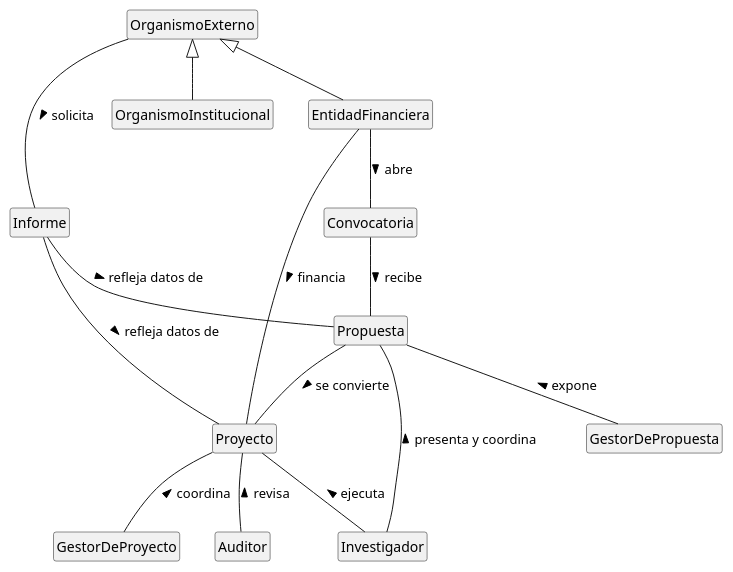
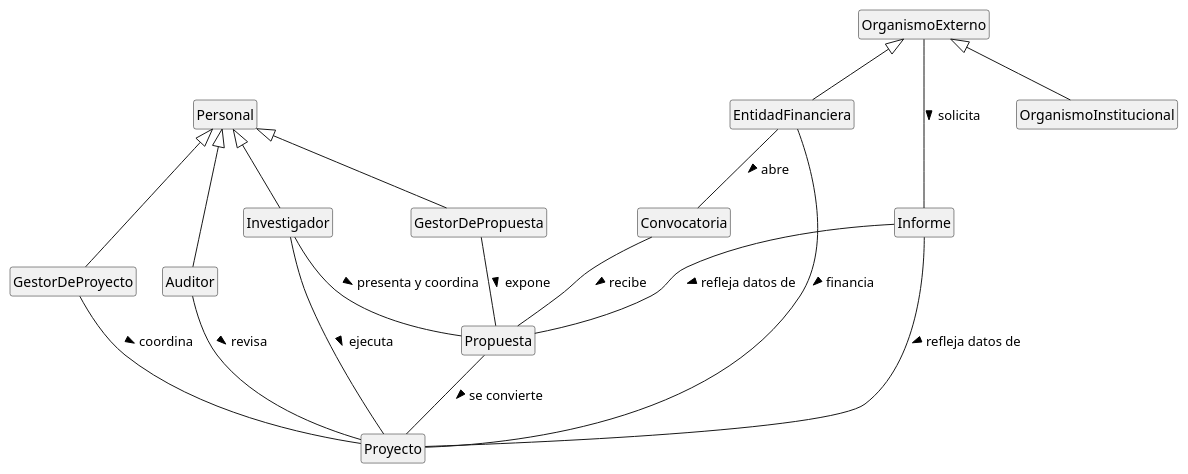
One commit to Angelo2272/26-27-IdSw1-SDR changed the diagram in modelosUML/00-modelo-del-dominio/diagrama-de-clases.puml. Above: the diagram before and after it, drawn with PlantUML. The commit also changed 3 other files, not shown here.

First line of the commit message:
Refactor class diagram and update UML models

```diff
--- a/modelosUML/00-modelo-del-dominio/diagrama-de-clases.puml
+++ b/modelosUML/00-modelo-del-dominio/diagrama-de-clases.puml
@@ -1,48 +1,53 @@
-@startuml diagrama-de-clases
+@startuml diagrama-de-clases 
 
-hide circle
+hide circle 
 hide empty members
 
 class Convocatoria
 
 class Propuesta
 
 class EntidadFinanciera
 
-class OrganismoExterno
+class OrganismoExterno 
 
 class OrganismoInstitucional
 
 class Informe
 
-class Investigador
+class Investigador 
 
 class Auditor
 
 class Proyecto
 
 class GestorDeProyecto
 
 class GestorDePropuesta
 
-Propuesta -d- GestorDePropuesta : expone <
-Proyecto -d- GestorDeProyecto : coordina <
+class Personal 
 
 OrganismoExterno <|-- EntidadFinanciera
 OrganismoExterno <|-- OrganismoInstitucional
 
 EntidadFinanciera -- Convocatoria : abre >
 Propuesta -- Proyecto: se convierte > 
 Convocatoria -- Propuesta: recibe >
-Proyecto -d- Auditor: revisa <
-EntidadFinanciera -- Proyecto : financia >
+EntidadFinanciera -- Proyecto : financia > 
 
-Propuesta -d- Investigador : presenta y coordina <
-Proyecto -d- Investigador: ejecuta <
+Personal <|-- Investigador
+Personal <|-- Auditor
+Personal <|-- GestorDePropuesta
+Personal <|-- GestorDeProyecto 
+
+Propuesta -u- GestorDePropuesta : expone <
+Proyecto -u- GestorDeProyecto : coordina < 
+Proyecto -u- Auditor: revisa <
+Propuesta -u- Investigador : presenta y coordina < 
+Proyecto -u- Investigador: ejecuta <
 
 OrganismoExterno -d- Informe: solicita >
 Informe -- Propuesta : refleja datos de >
 Informe -- Proyecto : refleja datos de >
 
-
 @enduml
```
